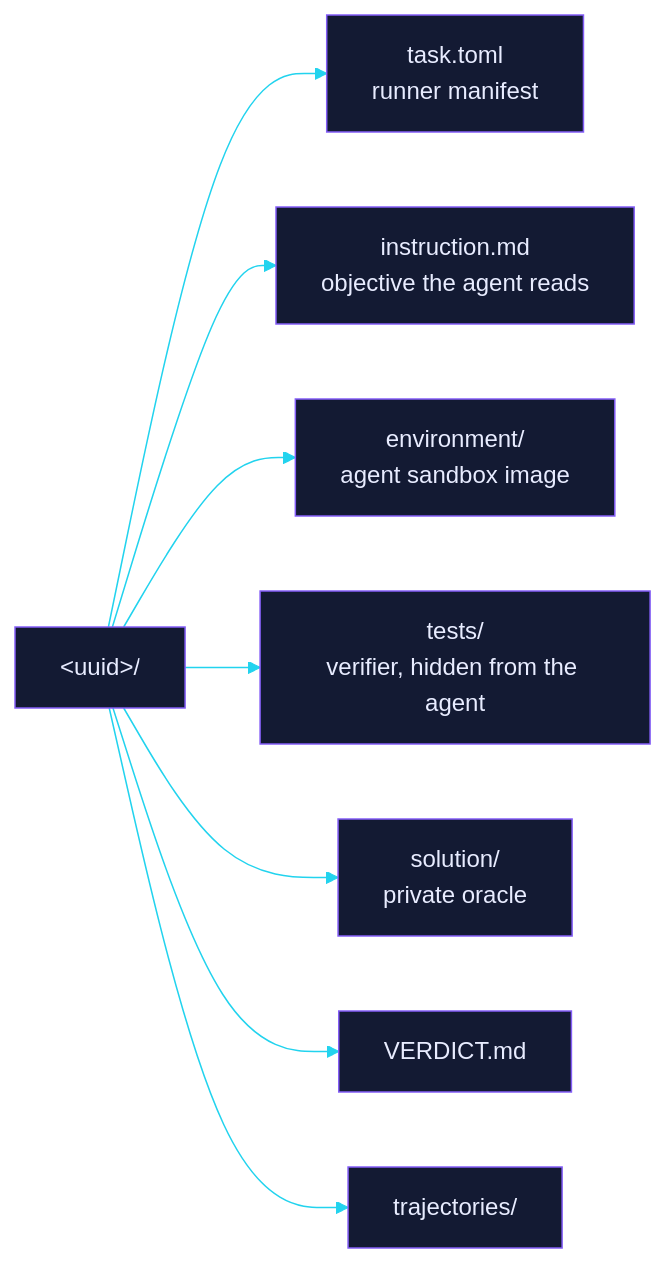
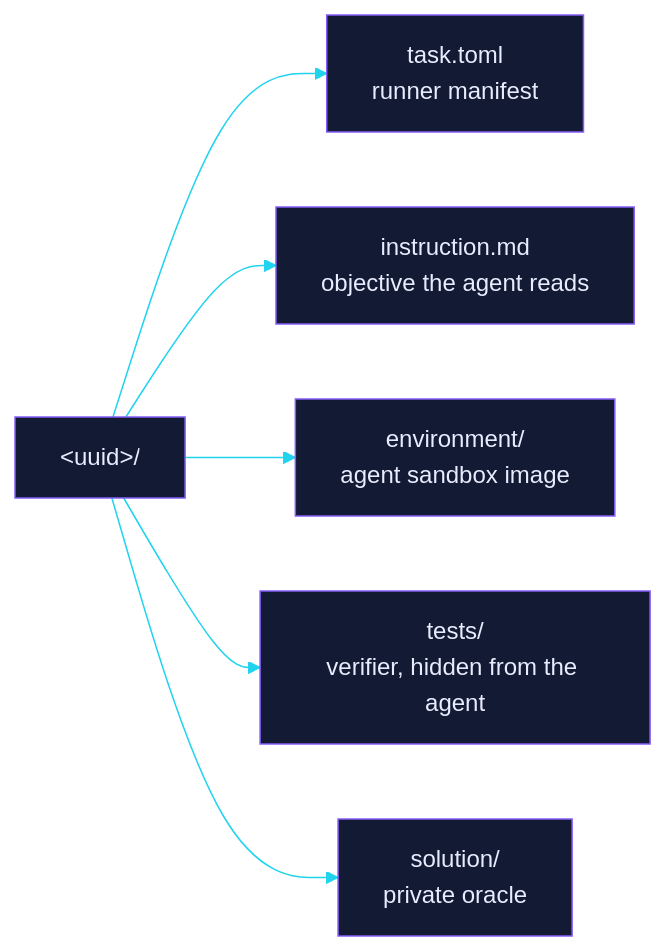
One commit to EtharaLabs/kraken-samples changed the first of 2 diagrams in README.md. Above: the diagram before and after it, drawn with Mermaid.

Commit message:
docs(readme): render the lane README

````diff
--- a/README.md
+++ b/README.md
@@ -57,12 +57,10 @@
 ```mermaid
 %%{init: {"theme":"base","themeVariables":{"primaryColor":"#131a33","primaryTextColor":"#e8ecff","primaryBorderColor":"#845EF7","lineColor":"#22d3ee","fontFamily":"monospace"}}}%%
 flowchart LR
     bundle["&lt;uuid&gt;/"]
     bundle --> n0["task.toml<br/>runner manifest"]
     bundle --> n1["instruction.md<br/>objective the agent reads"]
     bundle --> n2["environment/<br/>agent sandbox image"]
     bundle --> n3["tests/<br/>verifier, hidden from the agent"]
     bundle --> n4["solution/<br/>private oracle"]
-    bundle --> n5["VERDICT.md"]
-    bundle --> n6["trajectories/"]
 ```
````
